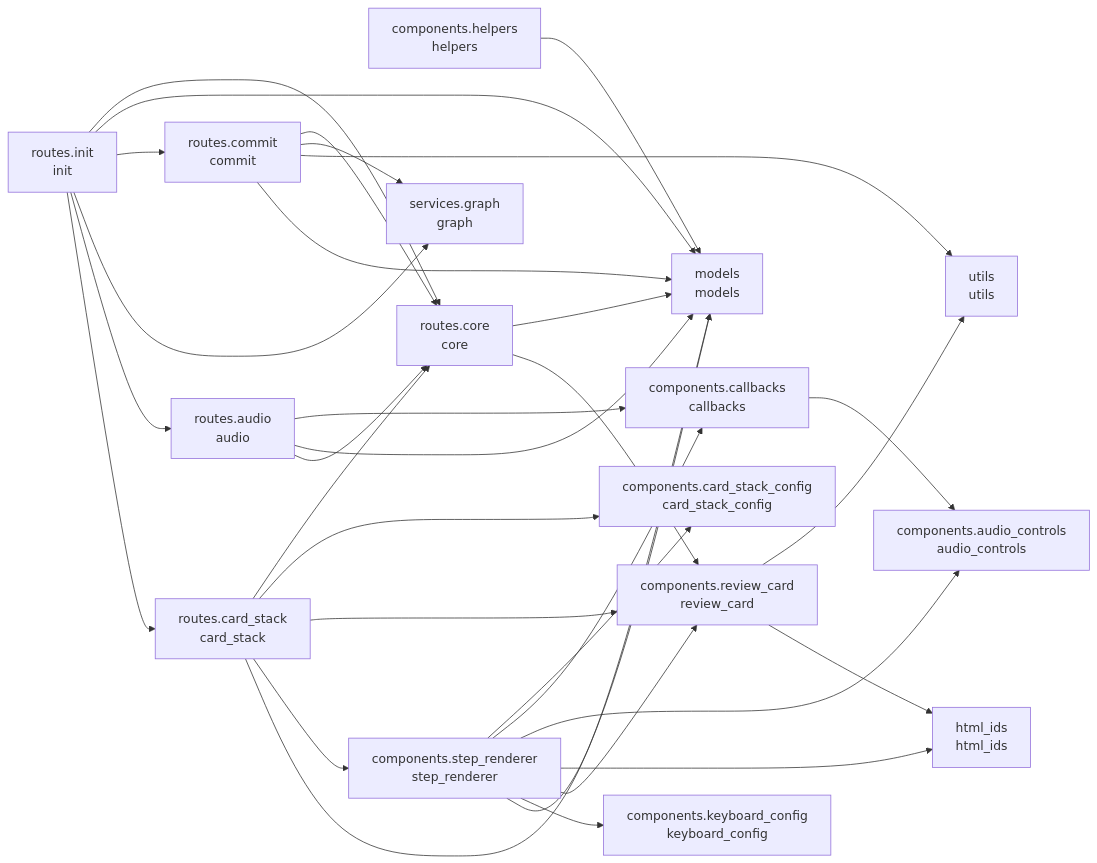
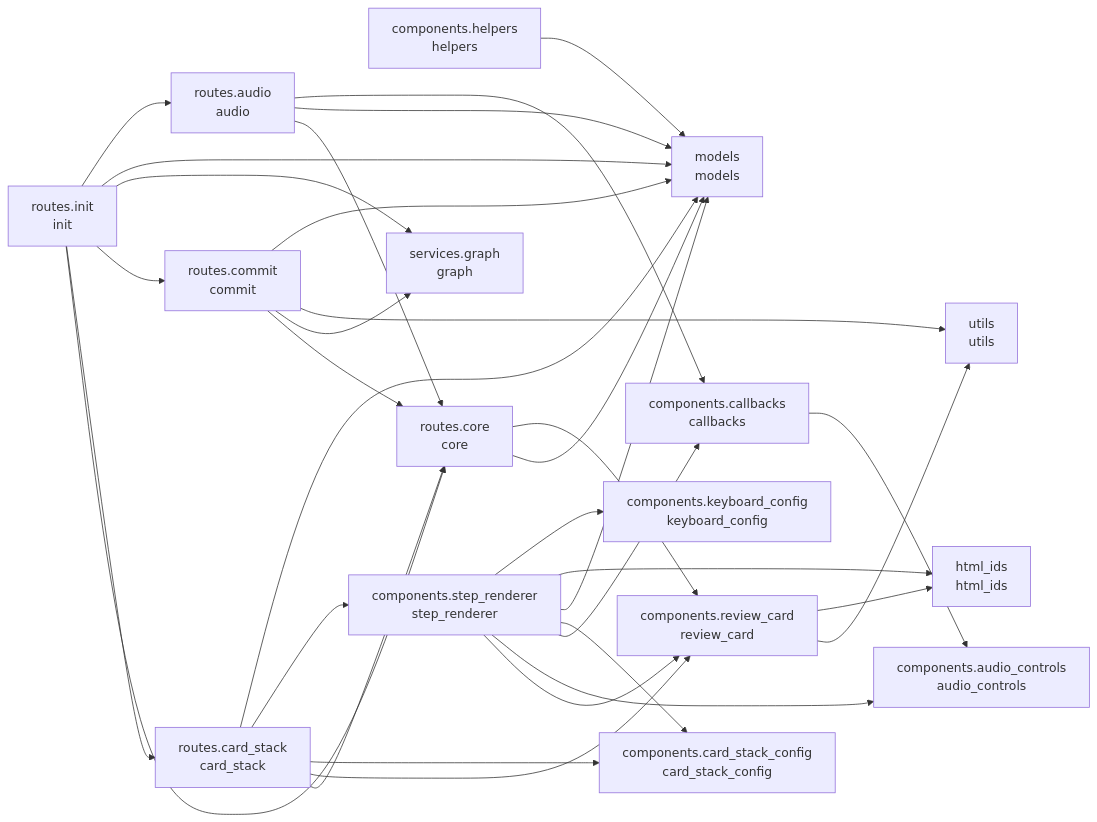
Before and after one commit to cj-mills/cjm-transcript-review: the diagram in README.md, drawn with Mermaid. The commit also changed other lines of this file and 1 other file, not shown here.

````diff
--- a/README.md
+++ b/README.md
@@ -39,51 +39,51 @@
 ``` mermaid
 graph LR
     components_audio_controls[components.audio_controls<br/>audio_controls]
     components_callbacks[components.callbacks<br/>callbacks]
     components_card_stack_config[components.card_stack_config<br/>card_stack_config]
     components_helpers[components.helpers<br/>helpers]
     components_keyboard_config[components.keyboard_config<br/>keyboard_config]
     components_review_card[components.review_card<br/>review_card]
     components_step_renderer[components.step_renderer<br/>step_renderer]
     html_ids[html_ids<br/>html_ids]
     models[models<br/>models]
     routes_audio[routes.audio<br/>audio]
     routes_card_stack[routes.card_stack<br/>card_stack]
     routes_commit[routes.commit<br/>commit]
     routes_core[routes.core<br/>core]
     routes_init[routes.init<br/>init]
     services_graph[services.graph<br/>graph]
     utils[utils<br/>utils]
 
     components_callbacks --> components_audio_controls
     components_helpers --> models
     components_review_card --> utils
     components_review_card --> html_ids
+    components_step_renderer --> components_review_card
+    components_step_renderer --> components_audio_controls
+    components_step_renderer --> components_callbacks
     components_step_renderer --> components_card_stack_config
-    components_step_renderer --> components_callbacks
-    components_step_renderer --> components_audio_controls
+    components_step_renderer --> models
     components_step_renderer --> html_ids
-    components_step_renderer --> components_review_card
     components_step_renderer --> components_keyboard_config
-    components_step_renderer --> models
+    routes_audio --> routes_core
+    routes_audio --> models
     routes_audio --> components_callbacks
-    routes_audio --> models
-    routes_audio --> routes_core
     routes_card_stack --> routes_core
+    routes_card_stack --> components_review_card
     routes_card_stack --> components_card_stack_config
-    routes_card_stack --> components_review_card
     routes_card_stack --> components_step_renderer
     routes_card_stack --> models
     routes_commit --> routes_core
     routes_commit --> services_graph
     routes_commit --> utils
     routes_commit --> models
     routes_core --> models
     routes_core --> components_review_card
     routes_init --> routes_core
-    routes_init --> models
+    routes_init --> routes_card_stack
     routes_init --> routes_commit
     routes_init --> services_graph
+    routes_init --> models
     routes_init --> routes_audio
-    routes_init --> routes_card_stack
 ```
````
